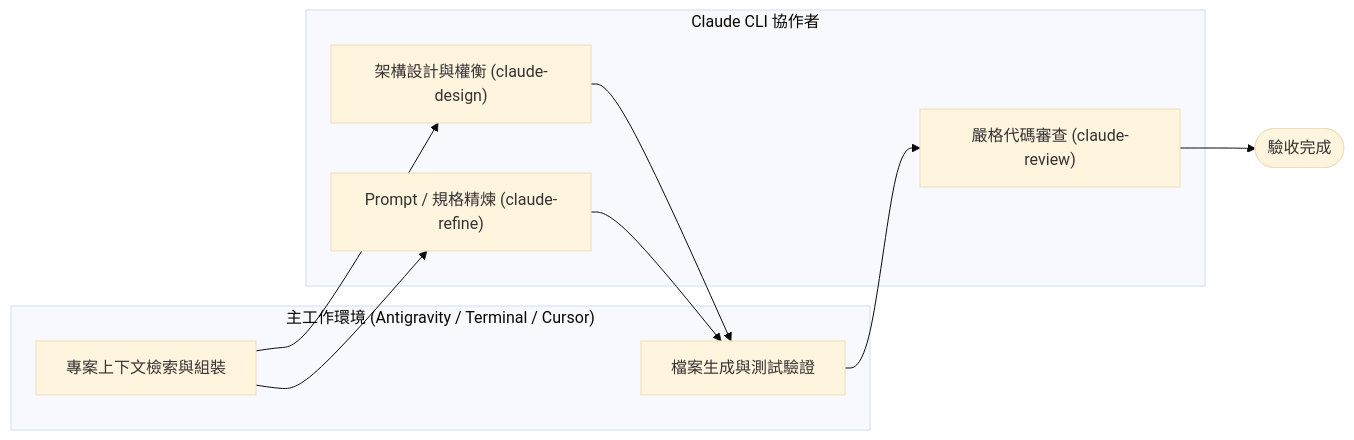
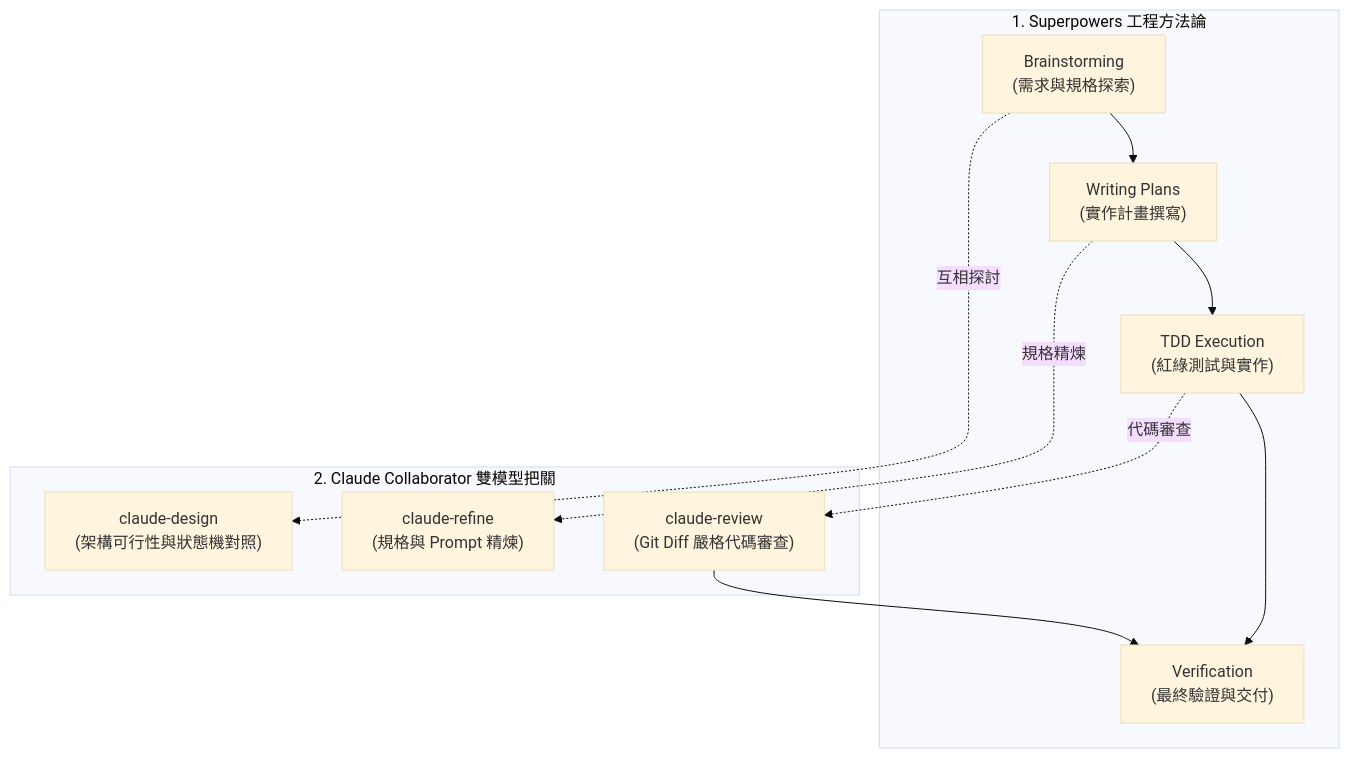
The diagram in README.md (gogog22510/agent-collaborator), drawn with Mermaid (base theme) before and after one commit. The commit also changed other lines of this file and 1 other file, not shown here.

Commit message:
docs: add Superpowers installation guide and dual-agent workflow integration

````diff
--- a/README.md
+++ b/README.md
@@ -29,17 +79,19 @@
 ```mermaid
-flowchart LR
-    subgraph Host["主工作環境 (Antigravity / Terminal / Cursor)"]
-        Context["專案上下文檢索與組裝"]
-        Exec["檔案生成與測試驗證"]
+flowchart TD
+    subgraph Superpowers["1. Superpowers 工程方法論"]
+        B["Brainstorming<br/>(需求與規格探索)"] --> P["Writing Plans<br/>(實作計畫撰寫)"]
+        P --> T["TDD Execution<br/>(紅綠測試與實作)"]
+        T --> V["Verification<br/>(最終驗證與交付)"]
     end
 
-    subgraph Claude["Claude CLI 協作者"]
-        Design["架構設計與權衡 (claude-design)"]
-        Refine["Prompt / 規格精煉 (claude-refine)"]
-        Review["嚴格代碼審查 (claude-review)"]
+    subgraph ClaudeReview["2. Claude Collaborator 雙模型把關"]
+        CD["claude-design<br/>(架構可行性與狀態機對照)"]
+        CR["claude-refine<br/>(規格與 Prompt 精煉)"]
+        CW["claude-review<br/>(Git Diff 嚴格代碼審查)"]
     end
 
-    Context --> Design --> Exec
-    Context --> Refine --> Exec
-    Exec --> Review --> Done(["驗收完成"])
+    B -.->|互相探討| CD
+    P -.->|規格精煉| CR
+    T -.->|代碼審查| CW
+    CW --> V
 ```
````
